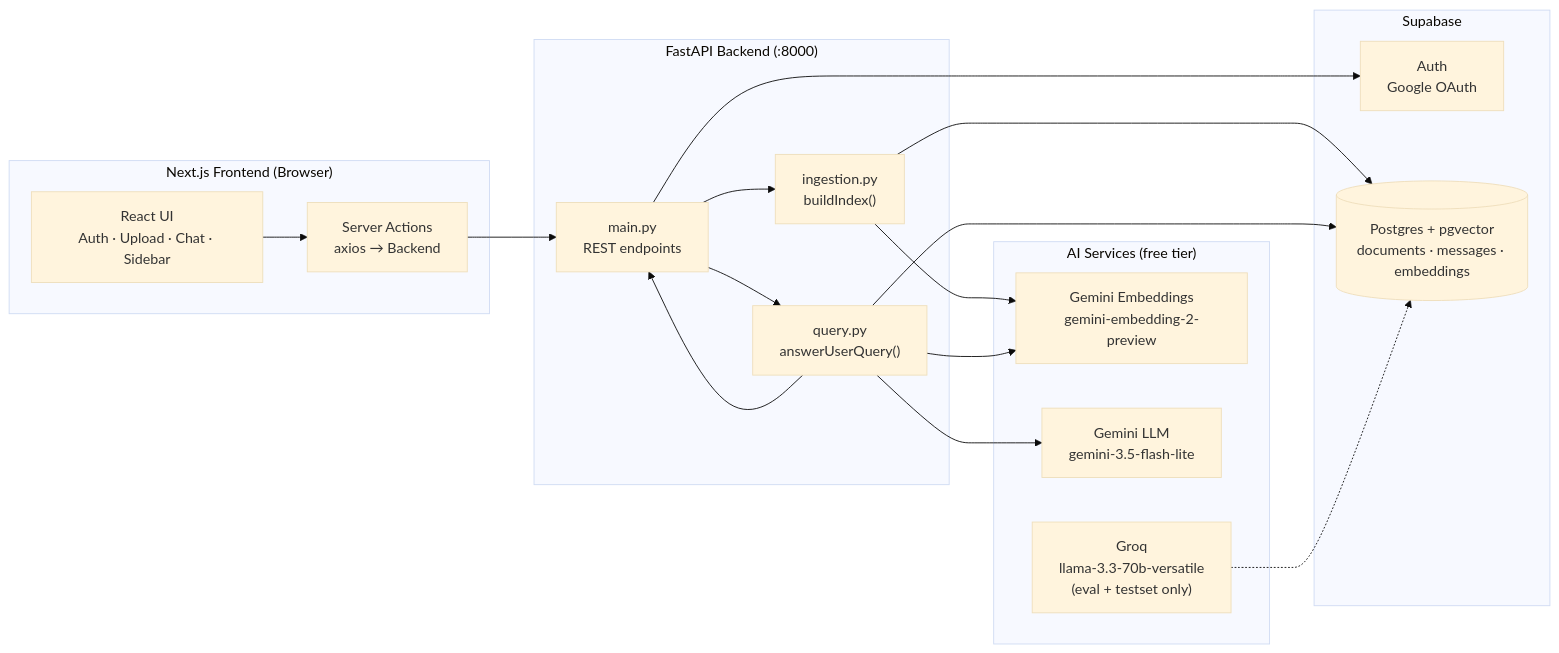
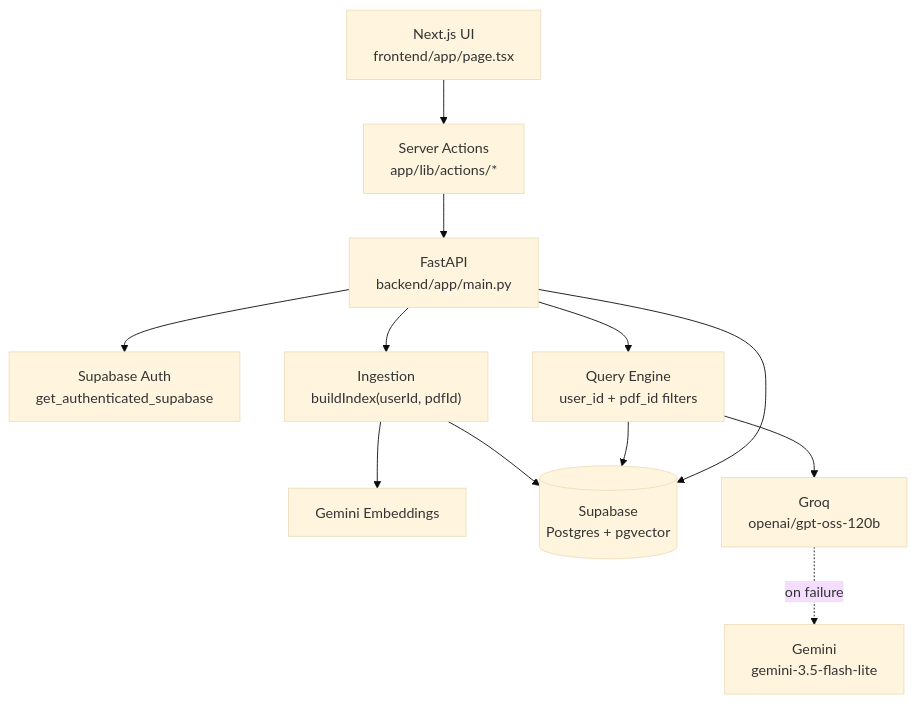
The first of 2 diagrams in README.md (aadityasingh9601/ChatPdf), drawn with Mermaid (base theme) before and after one commit. The commit also changed other lines of this file and 1 other file, not shown here.

````diff
--- a/README.md
+++ b/README.md
@@ -90,37 +75,23 @@
 ```mermaid
-flowchart LR
-    subgraph Client["Next.js Frontend (Browser)"]
-        UI["React UI<br/>Auth · Upload · Chat · Sidebar"]
-        SA["Server Actions<br/>axios → Backend"]
-    end
+flowchart TD
+    UI["Next.js UI<br/>frontend/app/page.tsx"]
+    SA["Server Actions<br/>app/lib/actions/*"]
+    API["FastAPI<br/>backend/app/main.py"]
+    AUTH["Supabase Auth<br/>get_authenticated_supabase"]
+    ING["Ingestion<br/>buildIndex(userId, pdfId)"]
+    QRY["Query Engine<br/>user_id + pdf_id filters"]
+    EMB["Gemini Embeddings"]
+    PG[("Supabase<br/>Postgres + pgvector")]
+    GROQ["Groq<br/>openai/gpt-oss-120b"]
+    GEN["Gemini<br/>gemini-3.5-flash-lite"]
 
-    subgraph Supabase["Supabase"]
-        AUTH["Auth<br/>Google OAuth"]
-        PG[("Postgres + pgvector<br/>documents · messages · embeddings")]
-    end
-
-    subgraph Backend["FastAPI Backend (:8000)"]
-        API["main.py<br/>REST endpoints"]
-        ING["ingestion.py<br/>buildIndex()"]
-        QRY["query.py<br/>answerUserQuery()"]
-    end
-
-    subgraph AI["AI Services (free tier)"]
-        EMB["Gemini Embeddings<br/>gemini-embedding-2-preview"]
-        GEN["Gemini LLM<br/>gemini-3.5-flash-lite"]
-        GROQ["Groq<br/>llama-3.3-70b-versatile<br/>(eval + testset only)"]
-    end
-
-    UI --> SA
-    SA --> API
+    UI --> SA --> API
     API --> AUTH
-    API --> ING
+    API --> ING --> EMB
     API --> QRY
-    ING --> EMB
     ING --> PG
     QRY --> PG
-    QRY --> EMB
-    QRY --> GEN
-    QRY --> API
-    GROQ -.-> PG
+    QRY --> GROQ
+    GROQ -. "on failure" .-> GEN
+    API --> PG
 ```
````
